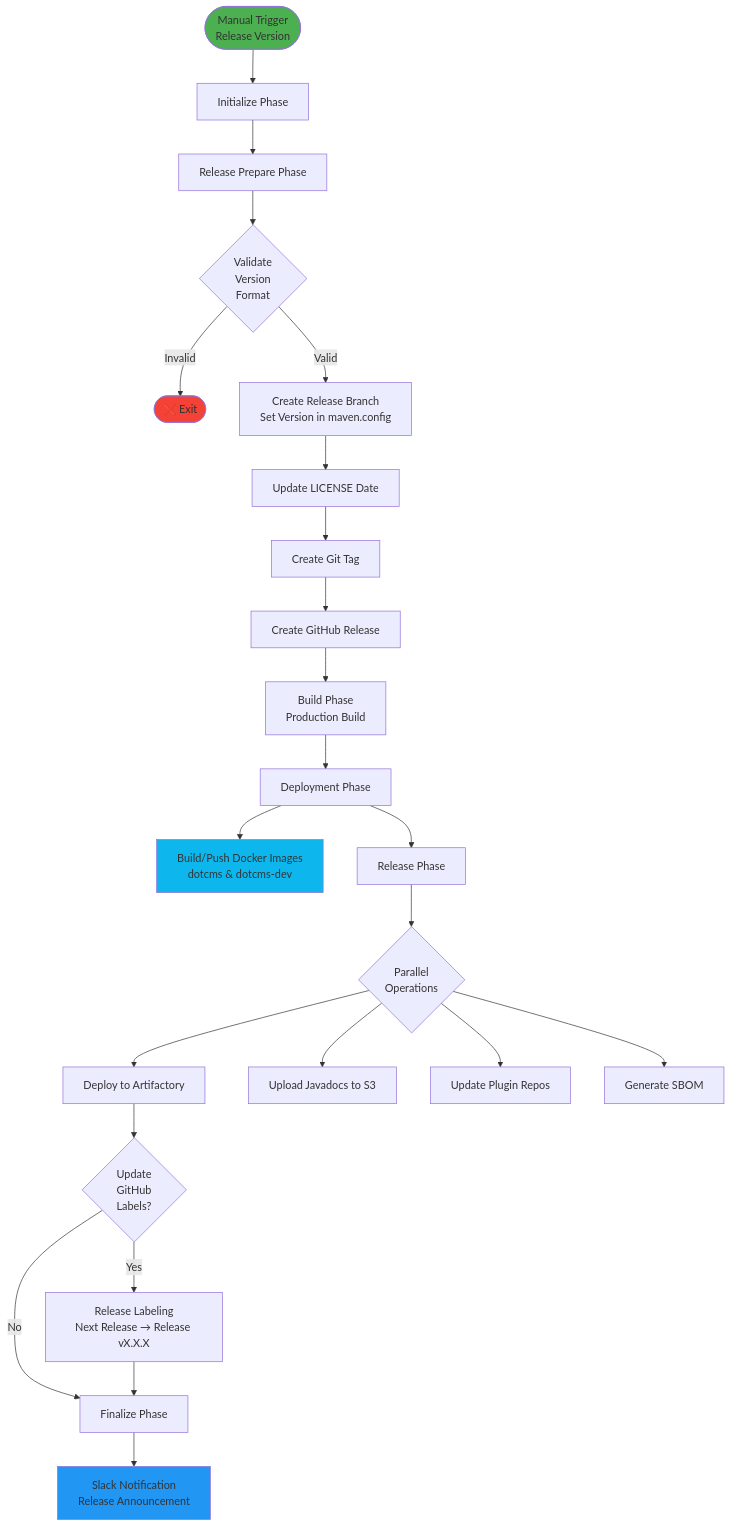
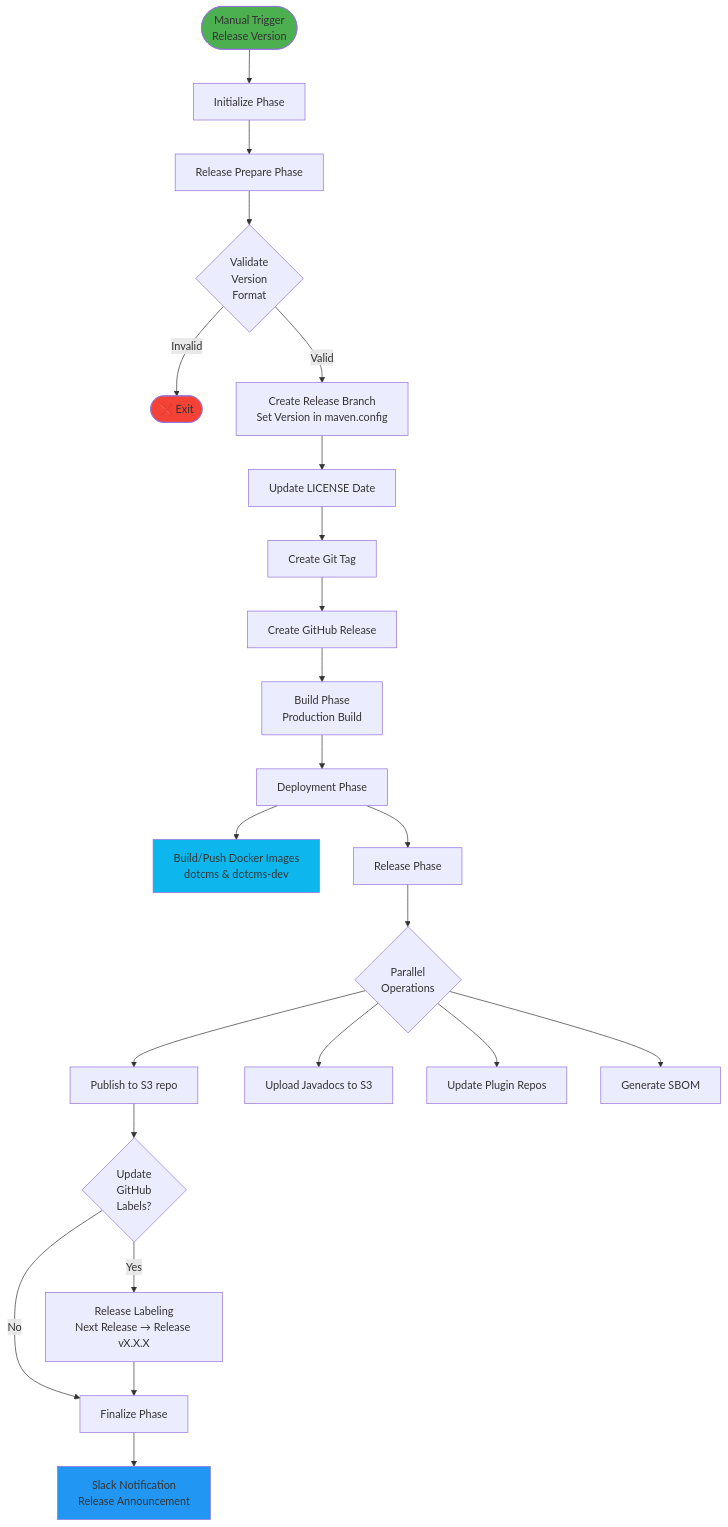
Before and after one commit to dotCMS/core: the third of 6 diagrams in .github/workflows/WORKFLOW_ARCHITECTURE.md, drawn with Mermaid. The commit also changed other lines of this file and 53 other files, not shown here.

First line of the commit message:
ci(maven): publish artifacts to BunnyCDN S3 instead of Artifactory

````diff
--- a/.github/workflows/WORKFLOW_ARCHITECTURE.md
+++ b/.github/workflows/WORKFLOW_ARCHITECTURE.md
@@ -318,38 +318,38 @@
 ```mermaid
 flowchart TD
     Start([Manual Trigger<br/>Release Version]) --> Init[Initialize Phase]
     Init --> RelPrep[Release Prepare Phase]
     
     RelPrep --> Validate{Validate<br/>Version<br/>Format}
     Validate -->|Invalid| Error([❌ Exit])
     Validate -->|Valid| CreateBranch[Create Release Branch<br/>Set Version in maven.config]
     
     CreateBranch --> UpdateLicense[Update LICENSE Date]
     UpdateLicense --> CreateTag[Create Git Tag]
     CreateTag --> CreateGHRelease[Create GitHub Release]
     
     CreateGHRelease --> Build[Build Phase<br/>Production Build]
     
     Build --> Deploy[Deployment Phase]
     Deploy --> Docker[Build/Push Docker Images<br/>dotcms & dotcms-dev]
     
     Deploy --> Release[Release Phase]
     Release --> Parallel{Parallel<br/>Operations}
     
-    Parallel --> Artifactory[Deploy to Artifactory]
+    Parallel --> S3Repo[Publish to S3 repo]
     Parallel --> Javadoc[Upload Javadocs to S3]
     Parallel --> Plugins[Update Plugin Repos]
     Parallel --> SBOM[Generate SBOM]
     
-    Artifactory --> Labels{Update<br/>GitHub<br/>Labels?}
+    S3Repo --> Labels{Update<br/>GitHub<br/>Labels?}
     Labels -->|Yes| UpdateLabels[Release Labeling<br/>Next Release → Release vX.X.X]
     Labels -->|No| Finalize
     UpdateLabels --> Finalize[Finalize Phase]
     
     Finalize --> SlackNotify[Slack Notification<br/>Release Announcement]
     
     style Start fill:#4caf50
     style Error fill:#f44336
     style SlackNotify fill:#2196f3
     style Docker fill:#0db7ed
 ```
````
